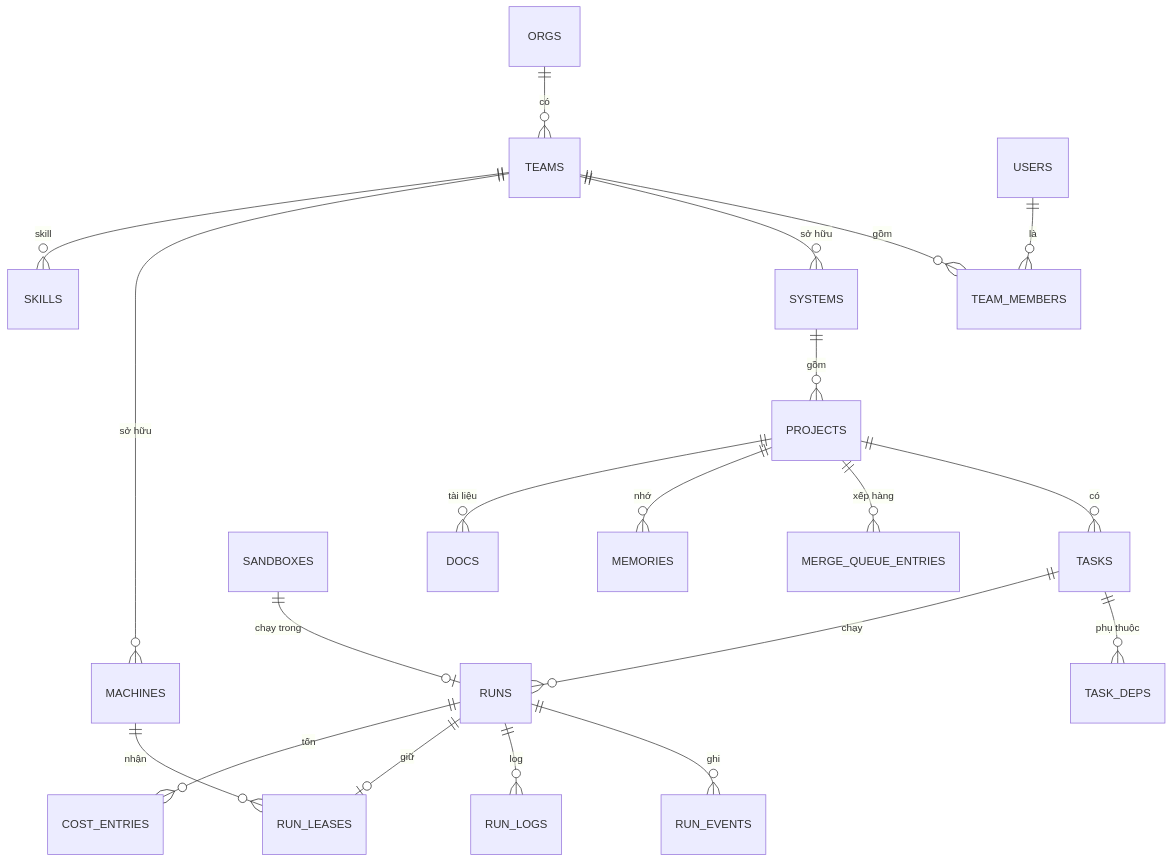
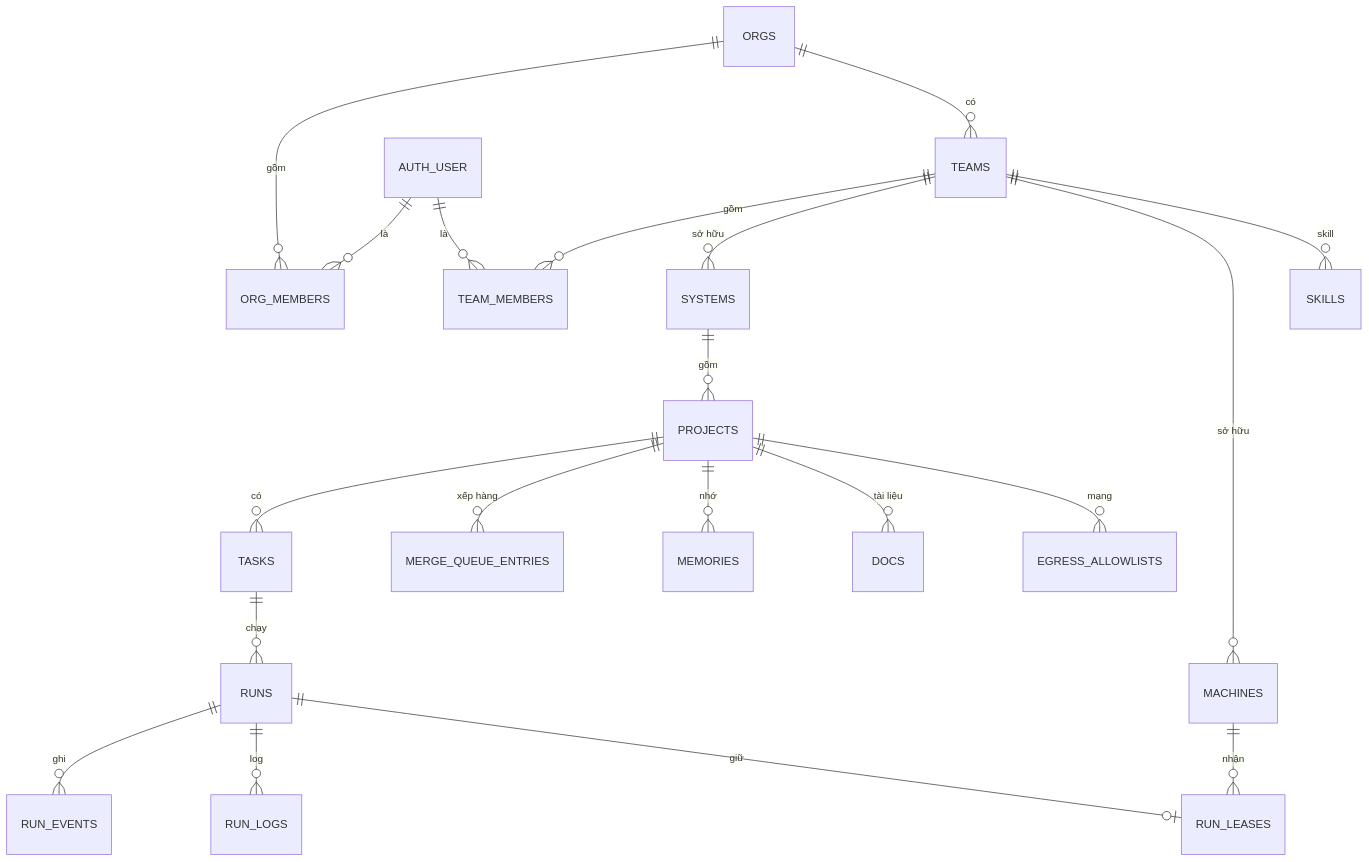
One commit to tdduydev/xdev-hive changed the second of 4 diagrams in docs/architecture.md. Above: the diagram before and after it, drawn with Mermaid. The commit also changed other lines of this file and 8 other files, not shown here.

First line of the commit message:
docs: Architecture Design Document, mô hình triển khai, đối chiếu architecture.md với code

````diff
--- a/docs/architecture.md
+++ b/docs/architecture.md
@@ -103,22 +93,22 @@
 ```mermaid
 erDiagram
+  ORGS ||--o{ ORG_MEMBERS : "gồm"
   ORGS ||--o{ TEAMS : "có"
   TEAMS ||--o{ TEAM_MEMBERS : "gồm"
-  USERS ||--o{ TEAM_MEMBERS : "là"
+  AUTH_USER ||--o{ ORG_MEMBERS : "là"
+  AUTH_USER ||--o{ TEAM_MEMBERS : "là"
   TEAMS ||--o{ SYSTEMS : "sở hữu"
   SYSTEMS ||--o{ PROJECTS : "gồm"
   PROJECTS ||--o{ TASKS : "có"
-  TASKS ||--o{ TASK_DEPS : "phụ thuộc"
   TASKS ||--o{ RUNS : "chạy"
   RUNS ||--o{ RUN_EVENTS : "ghi"
   RUNS ||--o{ RUN_LOGS : "log"
   RUNS ||--o| RUN_LEASES : "giữ"
   MACHINES ||--o{ RUN_LEASES : "nhận"
-  SANDBOXES ||--o| RUNS : "chạy trong"
   TEAMS ||--o{ MACHINES : "sở hữu"
   PROJECTS ||--o{ MERGE_QUEUE_ENTRIES : "xếp hàng"
   PROJECTS ||--o{ MEMORIES : "nhớ"
   PROJECTS ||--o{ DOCS : "tài liệu"
   TEAMS ||--o{ SKILLS : "skill"
-  RUNS ||--o{ COST_ENTRIES : "tốn"
+  PROJECTS ||--o{ EGRESS_ALLOWLISTS : "mạng"
 ```
````
